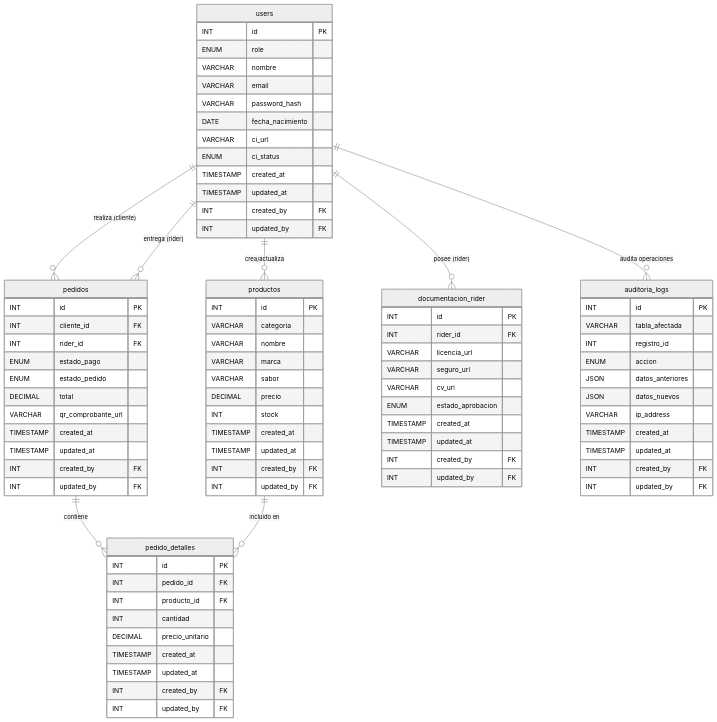
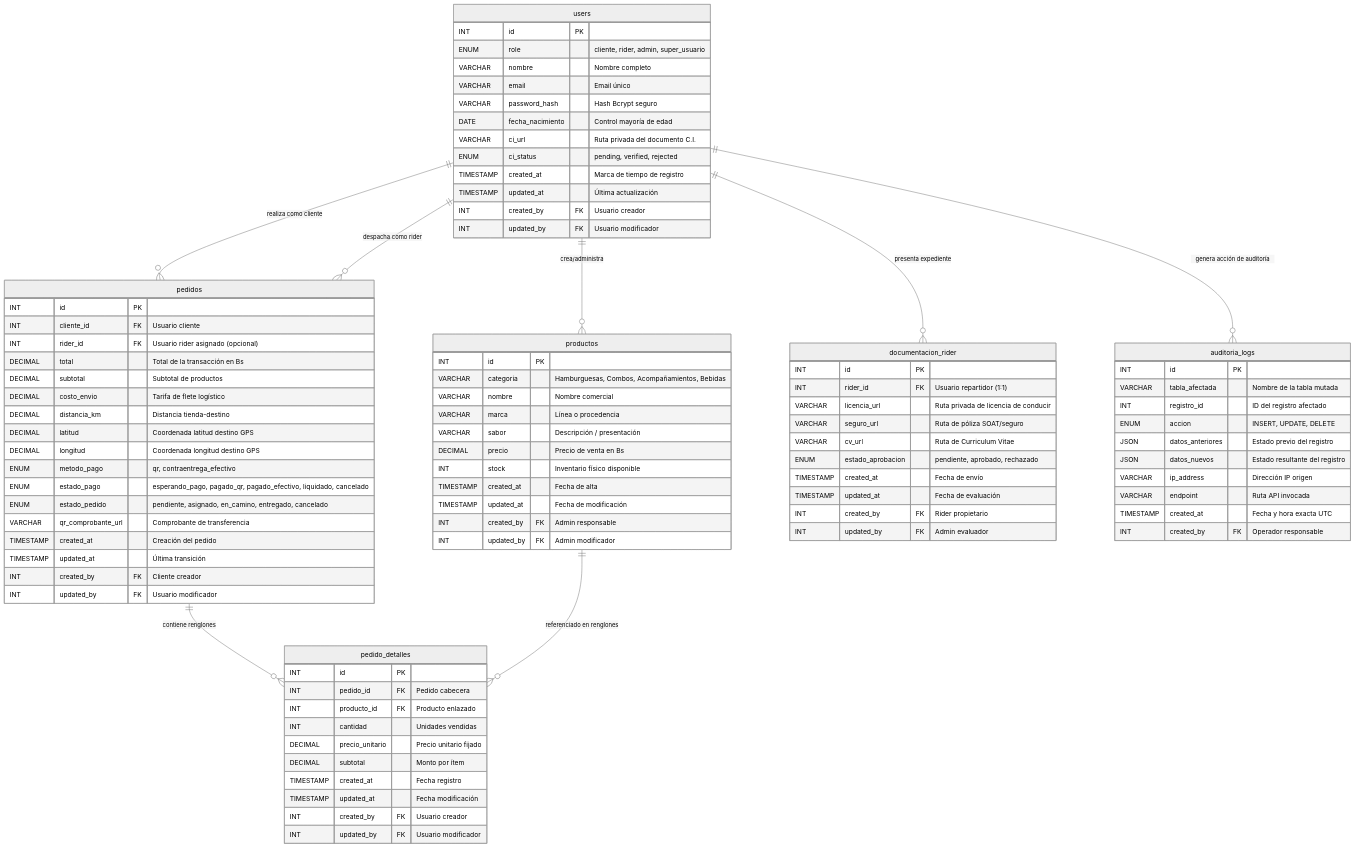
One commit to TuGfaNat/Bebidas-E-Commerce changed the second of 6 diagrams in docs/tesina_diagrams.md. Above: the diagram before and after it, drawn with Mermaid (neutral theme). The commit also changed other lines of this file and 6 other files, not shown here.

Commit message:
docs(tesina): documentacion tecnica completa, diagramas, manuales e integracion (17-BE-008)

````diff
--- a/docs/tesina_diagrams.md
+++ b/docs/tesina_diagrams.md
@@ -7,92 +69,98 @@
 erDiagram
     users {
         INT id PK
-        ENUM role
-        VARCHAR nombre
-        VARCHAR email
-        VARCHAR password_hash
-        DATE fecha_nacimiento
-        VARCHAR ci_url
-        ENUM ci_status
-        TIMESTAMP created_at
-        TIMESTAMP updated_at
-        INT created_by FK
-        INT updated_by FK
+        ENUM role "cliente, rider, admin, super_usuario"
+        VARCHAR nombre "Nombre completo"
+        VARCHAR email "Email único"
+        VARCHAR password_hash "Hash Bcrypt seguro"
+        DATE fecha_nacimiento "Control mayoría de edad"
+        VARCHAR ci_url "Ruta privada del documento C.I."
+        ENUM ci_status "pending, verified, rejected"
+        TIMESTAMP created_at "Marca de tiempo de registro"
+        TIMESTAMP updated_at "Última actualización"
+        INT created_by FK "Usuario creador"
+        INT updated_by FK "Usuario modificador"
     }
 
     productos {
         INT id PK
-        VARCHAR categoria
-        VARCHAR nombre
-        VARCHAR marca
-        VARCHAR sabor
-        DECIMAL precio
-        INT stock
-        TIMESTAMP created_at
-        TIMESTAMP updated_at
-        INT created_by FK
-        INT updated_by FK
+        VARCHAR categoria "Hamburguesas, Combos, Acompañamientos, Bebidas"
+        VARCHAR nombre "Nombre comercial"
+        VARCHAR marca "Línea o procedencia"
+        VARCHAR sabor "Descripción / presentación"
+        DECIMAL precio "Precio de venta en Bs"
+        INT stock "Inventario físico disponible"
+        TIMESTAMP created_at "Fecha de alta"
+        TIMESTAMP updated_at "Fecha de modificación"
+        INT created_by FK "Admin responsable"
+        INT updated_by FK "Admin modificador"
     }
 
     pedidos {
         INT id PK
-        INT cliente_id FK
-        INT rider_id FK
-        ENUM estado_pago
-        ENUM estado_pedido
-        DECIMAL total
-        VARCHAR qr_comprobante_url
-        TIMESTAMP created_at
-        TIMESTAMP updated_at
-        INT created_by FK
-        INT updated_by FK
+        INT cliente_id FK "Usuario cliente"
+        INT rider_id FK "Usuario rider asignado (opcional)"
+        DECIMAL total "Total de la transacción en Bs"
+        DECIMAL subtotal "Subtotal de productos"
+        DECIMAL costo_envio "Tarifa de flete logístico"
+        DECIMAL distancia_km "Distancia tienda-destino"
+        DECIMAL latitud "Coordenada latitud destino GPS"
+        DECIMAL longitud "Coordenada longitud destino GPS"
+        ENUM metodo_pago "qr, contraentrega_efectivo"
+        ENUM estado_pago "esperando_pago, pagado_qr, pagado_efectivo, liquidado, cancelado"
+        ENUM estado_pedido "pendiente, asignado, en_camino, entregado, cancelado"
+        VARCHAR qr_comprobante_url "Comprobante de transferencia"
+        TIMESTAMP created_at "Creación del pedido"
+        TIMESTAMP updated_at "Última transición"
+        INT created_by FK "Cliente creador"
+        INT updated_by FK "Usuario modificador"
     }
 
     pedido_detalles {
         INT id PK
-        INT pedido_id FK
-        INT producto_id FK
-        INT cantidad
-        DECIMAL precio_unitario
-        TIMESTAMP created_at
-        TIMESTAMP updated_at
-        INT created_by FK
-        INT updated_by FK
+        INT pedido_id FK "Pedido cabecera"
+        INT producto_id FK "Producto enlazado"
+        INT cantidad "Unidades vendidas"
+        DECIMAL precio_unitario "Precio unitario fijado"
+        DECIMAL subtotal "Monto por ítem"
+        TIMESTAMP created_at "Fecha registro"
+        TIMESTAMP updated_at "Fecha modificación"
+        INT created_by FK "Usuario creador"
+        INT updated_by FK "Usuario modificador"
     }
 
     documentacion_rider {
         INT id PK
-        INT rider_id FK
-        VARCHAR licencia_url
-        VARCHAR seguro_url
-        VARCHAR cv_url
-        ENUM estado_aprobacion
-        TIMESTAMP created_at
-        TIMESTAMP updated_at
-        INT created_by FK
-        INT updated_by FK
+        INT rider_id FK "Usuario repartidor (1:1)"
+        VARCHAR licencia_url "Ruta privada de licencia de conducir"
+        VARCHAR seguro_url "Ruta de póliza SOAT/seguro"
+        VARCHAR cv_url "Ruta de Curriculum Vitae"
+        ENUM estado_aprobacion "pendiente, aprobado, rechazado"
+        TIMESTAMP created_at "Fecha de envío"
+        TIMESTAMP updated_at "Fecha de evaluación"
+        INT created_by FK "Rider propietario"
+        INT updated_by FK "Admin evaluador"
     }
 
     auditoria_logs {
         INT id PK
-        VARCHAR tabla_afectada
-        INT registro_id
-        ENUM accion
-        JSON datos_anteriores
-        JSON datos_nuevos
-        VARCHAR ip_address
-        TIMESTAMP created_at
-        TIMESTAMP updated_at
-        INT created_by FK
-        INT updated_by FK
+        VARCHAR tabla_afectada "Nombre de la tabla mutada"
+        INT registro_id "ID del registro afectado"
+        ENUM accion "INSERT, UPDATE, DELETE"
+        JSON datos_anteriores "Estado previo del registro"
+        JSON datos_nuevos "Estado resultante del registro"
+        VARCHAR ip_address "Dirección IP origen"
+        VARCHAR endpoint "Ruta API invocada"
+        TIMESTAMP created_at "Fecha y hora exacta UTC"
+        INT created_by FK "Operador responsable"
     }
 
-    users ||--o{ productos : "crea/actualiza"
-    users ||--o{ pedidos : "realiza (cliente)"
-    users ||--o{ pedidos : "entrega (rider)"
-    users ||--o{ documentacion_rider : "posee (rider)"
-    users ||--o{ auditoria_logs : "audita operaciones"
+    users ||--o{ productos : "crea/administra"
+    users ||--o{ pedidos : "realiza como cliente"
+    users ||--o{ pedidos : "despacha como rider"
+    users ||--o{ documentacion_rider : "presenta expediente"
+    users ||--o{ auditoria_logs : "genera acción de auditoría"
 
-    pedidos ||--o{ pedido_detalles : "contiene"
-    productos ||--o{ pedido_detalles : "incluido en"
+    pedidos ||--o{ pedido_detalles : "contiene renglones"
+    productos ||--o{ pedido_detalles : "referenciado en renglones"
 ```
````
